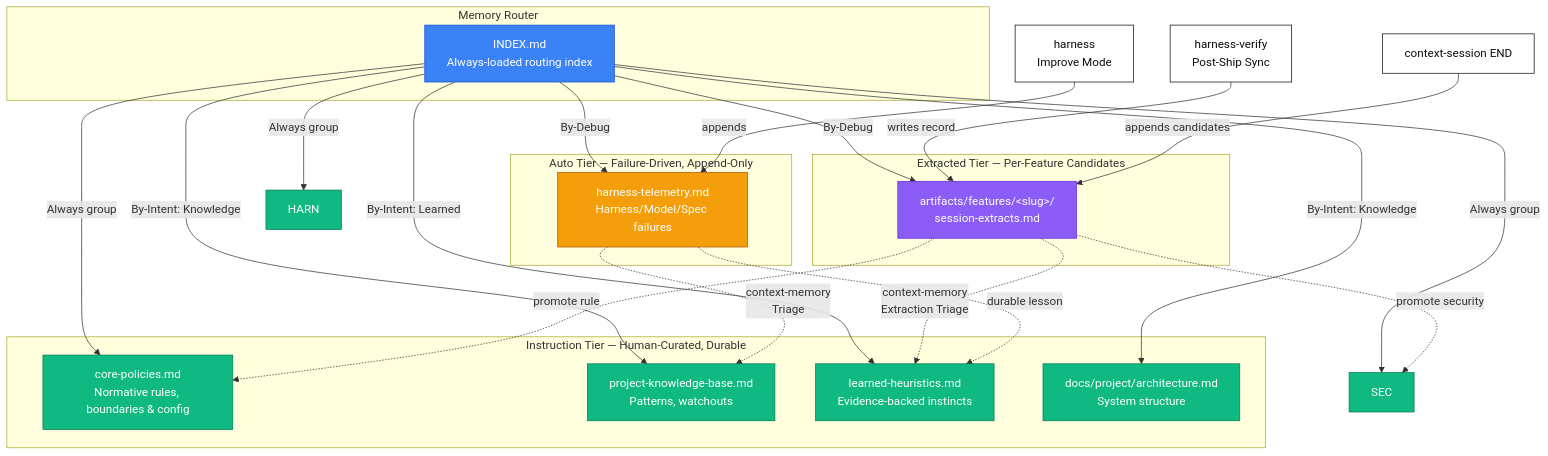
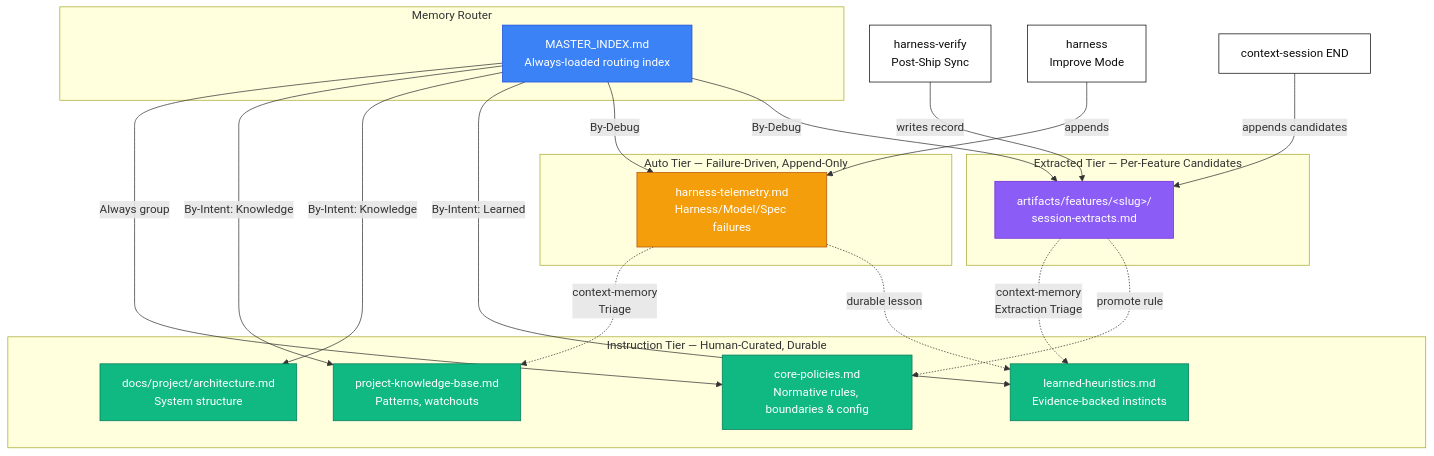
One commit to thaihai-swe/CoreZero-Nexus changed the first of 3 diagrams in documents/memory.md. Above: the diagram before and after it, drawn with Mermaid. The commit also changed other lines of this file and 51 other files, not shown here.

````diff
--- a/documents/memory.md
+++ b/documents/memory.md
@@ -11,57 +11,54 @@
 ```mermaid
 flowchart TD
     %% 3-Tier Memory Architecture (Instruction / Auto / Extracted)
 
     subgraph INSTR["Instruction Tier — Human-Curated, Durable"]
         CONST[core-policies.md<br/>Normative rules, boundaries & config]
         PKB[project-knowledge-base.md<br/>Patterns, watchouts]
         HEUR[learned-heuristics.md<br/>Evidence-backed instincts]
         ARCH[docs/project/architecture.md<br/>System structure]
     end
 
     subgraph AUTO["Auto Tier — Failure-Driven, Append-Only"]
         OBS[harness-telemetry.md<br/>Harness/Model/Spec failures]
     end
 
     subgraph EXTR["Extracted Tier — Per-Feature Candidates"]
         EXT[artifacts/features/&lt;slug&gt;/<br/>session-extracts.md]
     end
 
     subgraph ROUTER["Memory Router"]
-        IDX[INDEX.md<br/>Always-loaded routing index]
+        IDX[MASTER_INDEX.md<br/>Always-loaded routing index]
     end
 
     %% Routing
     IDX -->|Always group| CONST
-    IDX -->|Always group| SEC
-    IDX -->|Always group| HARN
     IDX -->|By-Intent: Knowledge| PKB
     IDX -->|By-Intent: Knowledge| ARCH
     IDX -->|By-Intent: Learned| HEUR
     IDX -->|By-Debug| OBS
     IDX -->|By-Debug| EXT
 
     %% Promotion flow (extracted -> instruction)
     EXT -.->|context-memory<br/>Extraction Triage| HEUR
     EXT -.->|promote rule| CONST
-    EXT -.->|promote security| SEC
     OBS -.->|context-memory<br/>Triage| PKB
     OBS -.->|durable lesson| HEUR
 
     %% Writers
     AIDV[harness-verify<br/>Post-Ship Sync] -->|writes record| EXT
     AIHN[harness<br/>Improve Mode] -->|appends| OBS
     AIDS[context-session END] -->|appends candidates| EXT
 
     classDef instr fill:#10b981,stroke:#047857,color:#fff
     classDef auto fill:#f59e0b,stroke:#b45309,color:#fff
     classDef extr fill:#8b5cf6,stroke:#6d28d9,color:#fff
     classDef router fill:#3b82f6,stroke:#1d4ed8,color:#fff
     classDef writer fill:#fff,stroke:#0d0d0d,color:#0d0d0d
 
-    class CONST,SEC,HARN,PKB,HEUR,ARCH instr
+    class CONST,PKB,HEUR,ARCH instr
     class OBS auto
     class EXT extr
     class IDX router
     class AIDV,AIHN,AIDS writer
 ```
````
